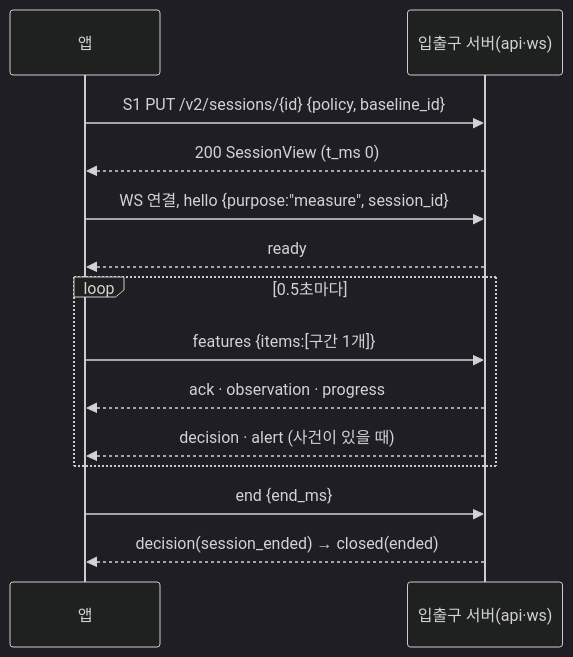
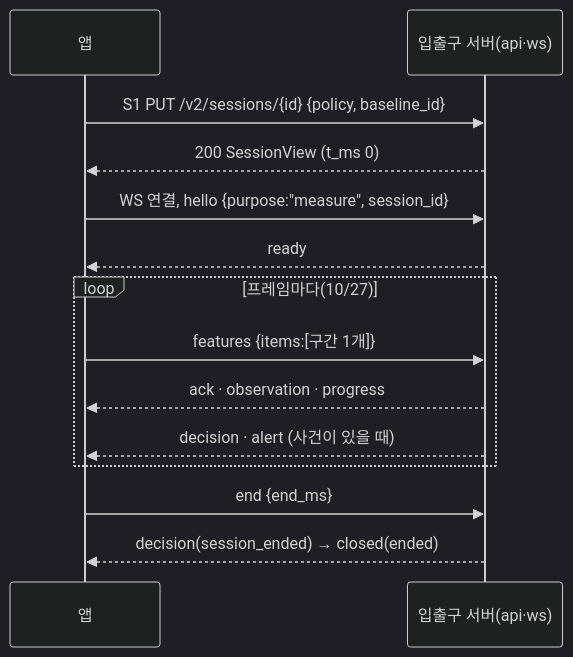
The diagram in docs/design/api-ws-spec.md (Jeon-Seho/sitting-posture-corrector), drawn with Mermaid (dark theme) before and after one commit. The commit also changed other lines of this file and 5 other files, not shown here.

````diff
--- a/docs/design/api-ws-spec.md
+++ b/docs/design/api-ws-spec.md
@@ -240,16 +240,16 @@
 ```mermaid
 sequenceDiagram
   participant A as 앱
   participant S as 입출구 서버(api·ws)
   A->>S: S1 PUT /v2/sessions/{id} {policy, baseline_id}
   S-->>A: 200 SessionView (t_ms 0)
   A->>S: WS 연결, hello {purpose:"measure", session_id}
   S-->>A: ready
-  loop 0.5초마다
+  loop 프레임마다(10/27)
     A->>S: features {items:[구간 1개]}
     S-->>A: ack · observation · progress
     S-->>A: decision · alert (사건이 있을 때)
   end
   A->>S: end {end_ms}
   S-->>A: decision(session_ended) → closed(ended)
 ```
````
